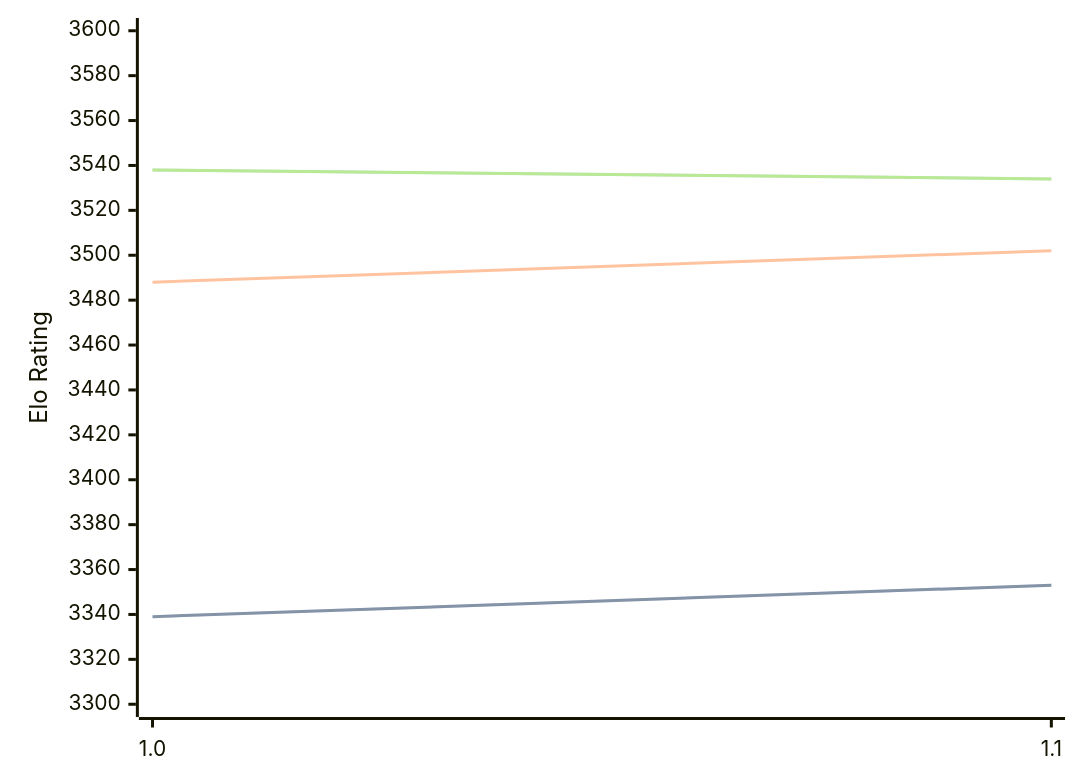
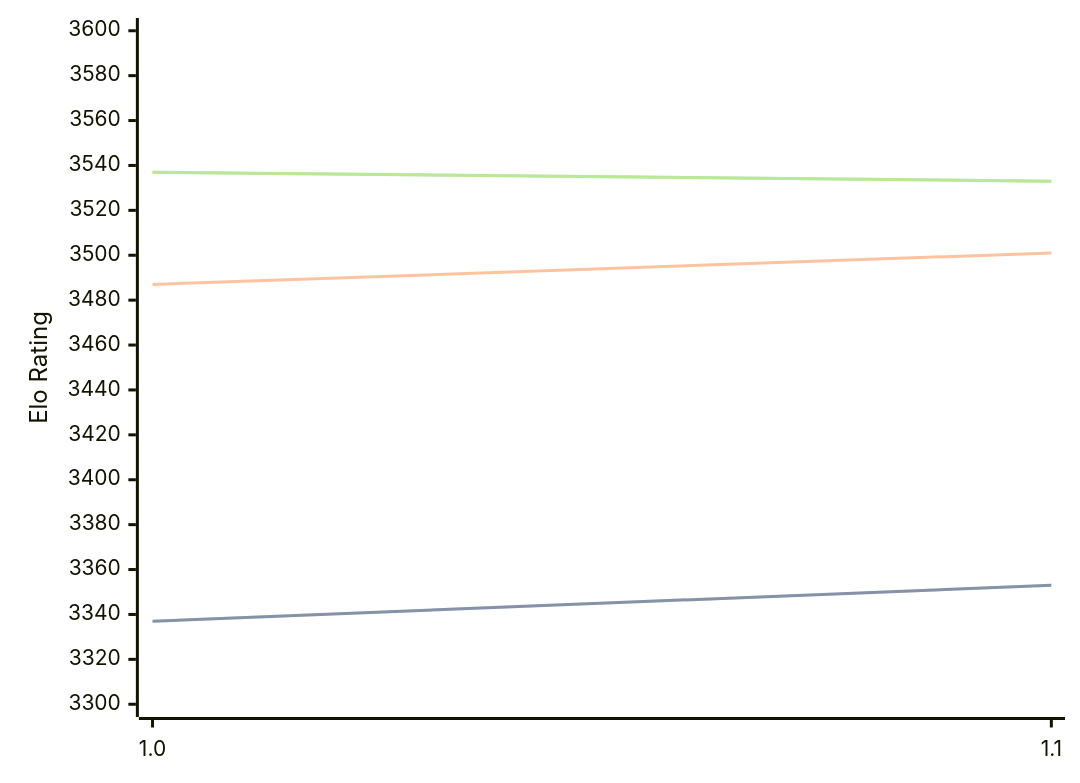
The diagram in engines/Horsie.md (computer-chess-index/cci), drawn with Mermaid before and after one commit. The commit also changed other lines of this file, not shown here.

Commit message:
Update CCI Ratings (ELO VLTC) - 2026-09-01

````diff
--- a/engines/Horsie.md
+++ b/engines/Horsie.md
@@ -32,11 +32,11 @@
 ```mermaid
 %%{init: {"theme":"base","themeVariables":{"seriesColors:['#a3a3a3','#222221','#faa371']}}}%%
 xychart-beta
   x-axis ["1.0", "1.1"]
   y-axis "Elo Rating" 3300 --> 3600
-  line "" [3339, 3353]
-  line "STC (8.0+0.08s)" [3339, 3353]
-  line "LTC (60.0+0.60s)" [3488, 3502]
-  line "" [3538, 3534]
-  line "VLTC (2m24s+1.12s)" [3538, 3534]
+  line "" [3337, 3353]
+  line "STC (8.0+0.08s)" [3337, 3353]
+  line "LTC (60.0+0.60s)" [3487, 3501]
+  line "" [3537, 3533]
+  line "VLTC (2m24s+1.12s)" [3537, 3533]
 ```
````
